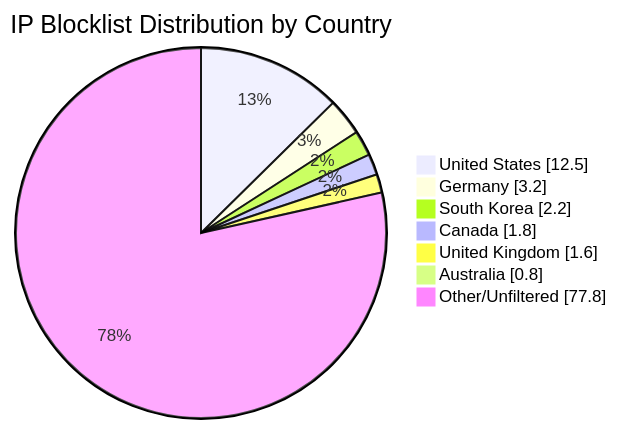
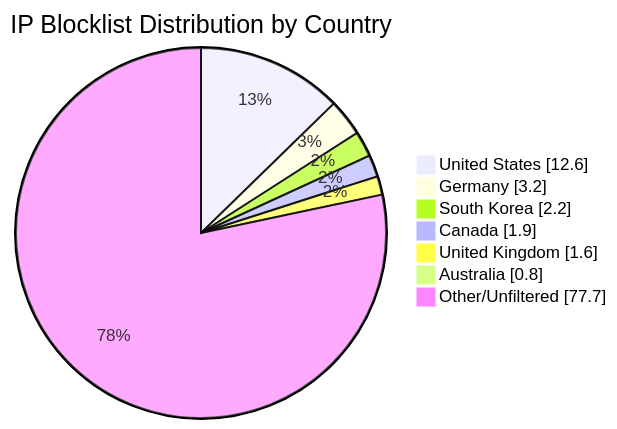
Before and after one commit to MarcusHoltz/ipblocklist-geofiltered-aggregator: the diagram in README.md, drawn with Mermaid. The commit also changed other lines of this file and 9 other files, not shown here.

````diff
--- a/README.md
+++ b/README.md
@@ -34,10 +34,10 @@
 ```mermaid
 pie showData title IP Blocklist Distribution by Country
-"United States" : 12.5
+"United States" : 12.6
 "Germany" : 3.2
 "South Korea" : 2.2
-"Canada" : 1.8
+"Canada" : 1.9
 "United Kingdom" : 1.6
 "Australia" : 0.8
-"Other/Unfiltered" : 77.8
+"Other/Unfiltered" : 77.7
 ```
````
